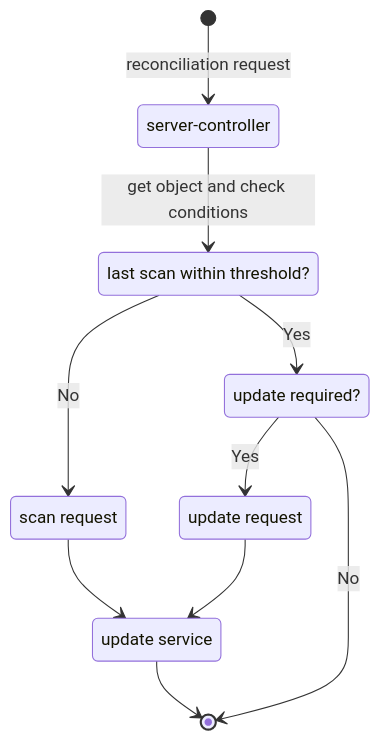
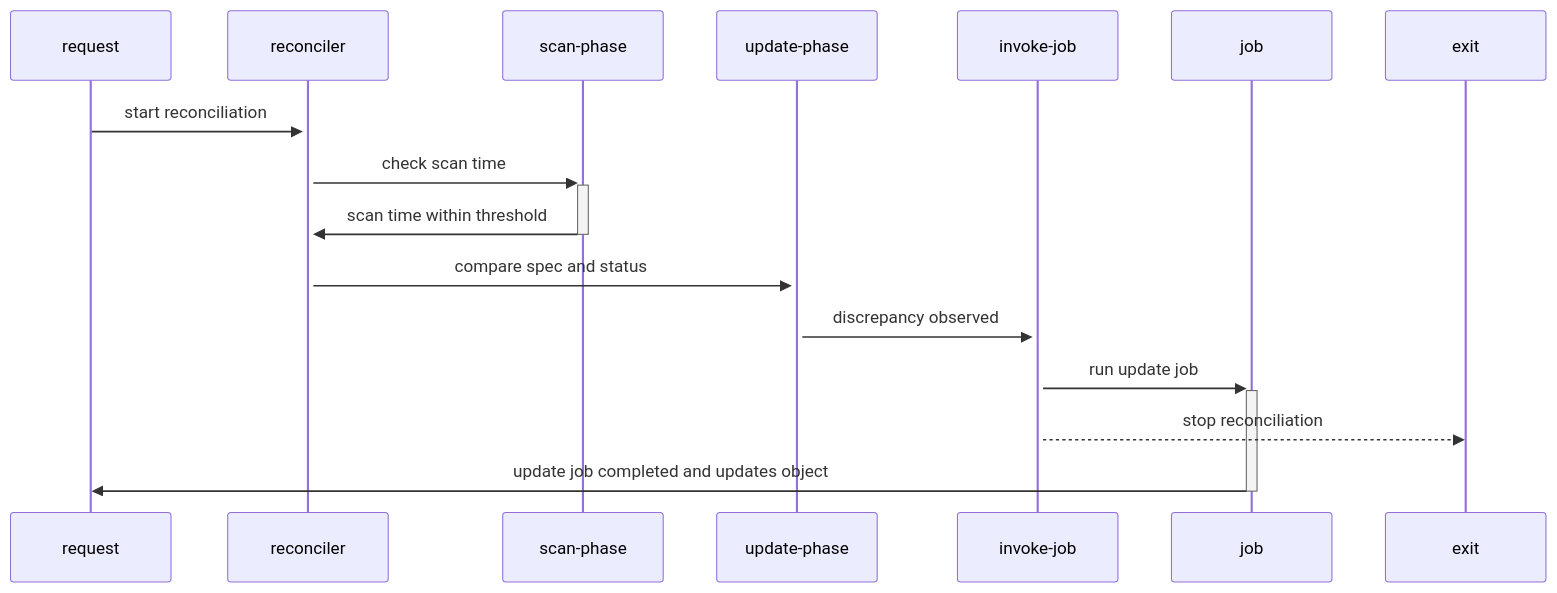
One commit to ironcore-dev/metal-operator changed the second of 2 diagrams in docs/proposals/01-firmware-update.md. Above: the diagram before and after it, drawn with Mermaid. The commit also changed other lines of this file, not shown here.

````diff
--- a/docs/proposals/01-firmware-update.md
+++ b/docs/proposals/01-firmware-update.md
@@ -224,19 +207,11 @@
 ```mermaid
-stateDiagram-v2
-    s1: server-controller
-    s2: last scan within threshold?
-    s3: scan request
-    s4: update required?
-    s5: update request
-    s6: update service
-
-    [*] --> s1: reconciliation request
-    s1 --> s2: get object and check conditions
-    s2 --> s3: No
-    s2 --> s4: Yes
-    s3 --> s6
-    s6 --> [*]
-    s4 --> s5: Yes
-    s5 --> s6
-    s4 --> [*]: No
+sequenceDiagram
+    request ->>+reconciler: start reconciliation
+    reconciler ->>+scan-phase: check scan time
+    scan-phase ->>-reconciler: scan time within threshold
+    reconciler ->>+update-phase: compare spec and status
+    update-phase ->>+invoke-job: discrepancy observed
+    invoke-job ->>+job: run update job
+    invoke-job -->>exit: stop reconciliation
+    job ->>-request: update job completed and updates object
 ```
````
